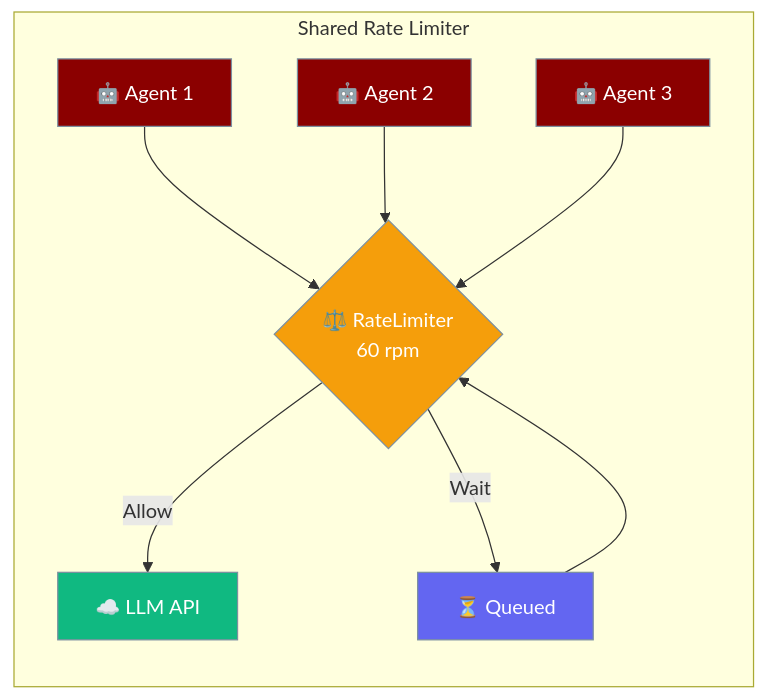
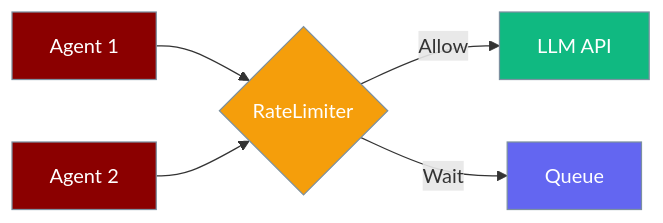
The diagram in docs/features/rate-limiter.mdx (MervinPraison/PraisonAIDocs), drawn with Mermaid before and after one commit. The commit also changed other lines of this file and 4 other files, not shown here.

````diff
--- a/docs/features/rate-limiter.mdx
+++ b/docs/features/rate-limiter.mdx
@@ -14,21 +26,17 @@
 ```mermaid
 graph LR
-    subgraph "Shared Rate Limiter"
-        A1[🤖 Agent 1] --> L{⚖️ RateLimiter<br/>60 rpm}
-        A2[🤖 Agent 2] --> L
-        A3[🤖 Agent 3] --> L
-        L -->|Allow| API[☁️ LLM API]
-        L -->|Wait| Queue[⏳ Queued]
-        Queue --> L
-    end
+    A1[Agent 1] --> L{RateLimiter}
+    A2[Agent 2] --> L
+    L -->|Allow| API[LLM API]
+    L -->|Wait| Q[Queue]
 
     classDef agent fill:#8B0000,stroke:#7C90A0,color:#fff
     classDef limiter fill:#F59E0B,stroke:#7C90A0,color:#fff
     classDef api fill:#10B981,stroke:#7C90A0,color:#fff
     classDef queue fill:#6366F1,stroke:#7C90A0,color:#fff
 
-    class A1,A2,A3 agent
+    class A1,A2 agent
     class L limiter
     class API api
-    class Queue queue
+    class Q queue
 ```
````
